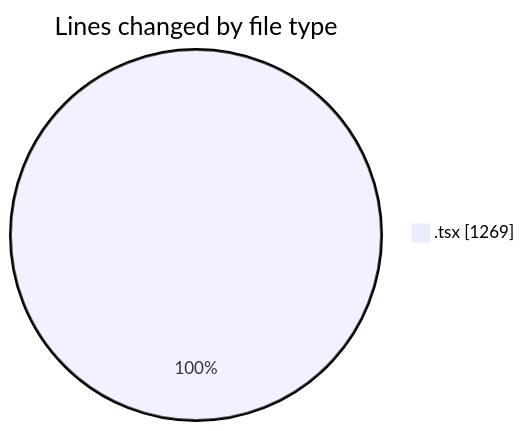
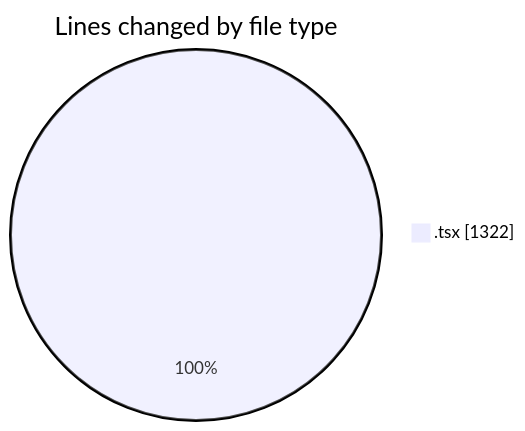
The first of 2 diagrams in 2025-05-28/kimberly-groups/README.md (JenPaints/code-tracking), drawn with Mermaid before and after one commit. The commit also changed other lines of this file and 1 other file, not shown here.

````diff
--- a/2025-05-28/kimberly-groups/README.md
+++ b/2025-05-28/kimberly-groups/README.md
@@ -27,5 +27,5 @@
 ```mermaid
 pie showData
 title Lines changed by file type
-".tsx" : 1269
+".tsx" : 1322
 ```
````
